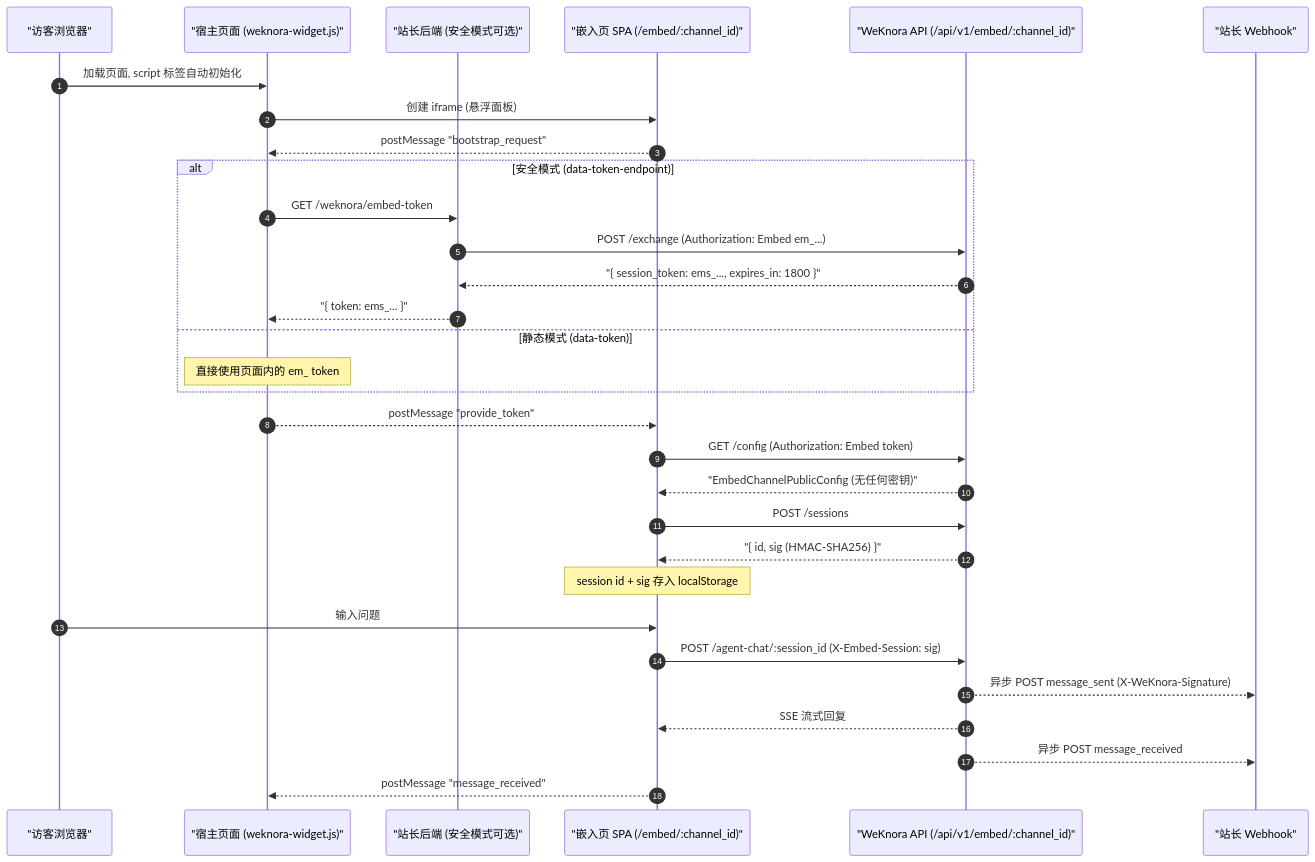
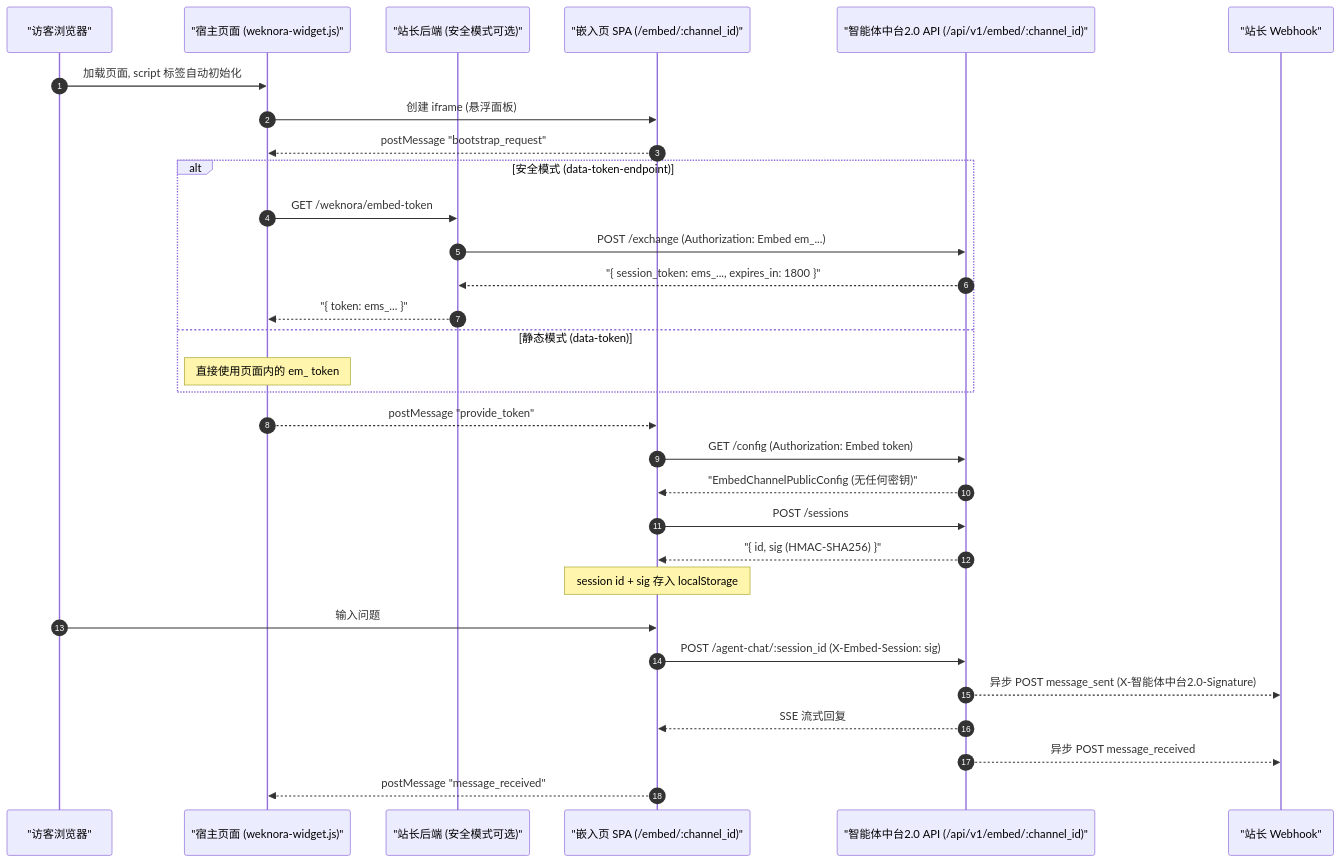
Before and after one commit to qinlei131479/WeKnora: the diagram in apps/docs/03-features/13-embed-channel.md, drawn with Mermaid. The commit also changed other lines of this file and 47 other files, not shown here.

````diff
--- a/apps/docs/03-features/13-embed-channel.md
+++ b/apps/docs/03-features/13-embed-channel.md
@@ -248,34 +248,34 @@
 ```mermaid
 sequenceDiagram
     autonumber
     participant Visitor as "访客浏览器"
     participant Host as "宿主页面 (weknora-widget.js)"
     participant Backend as "站长后端 (安全模式可选)"
     participant Iframe as "嵌入页 SPA (/embed/:channel_id)"
-    participant API as "WeKnora API (/api/v1/embed/:channel_id)"
+    participant API as "智能体中台2.0 API (/api/v1/embed/:channel_id)"
     participant Webhook as "站长 Webhook"
 
     Visitor->>Host: 加载页面, script 标签自动初始化
     Host->>Iframe: 创建 iframe (悬浮面板)
     Iframe-->>Host: postMessage "bootstrap_request"
     alt 安全模式 (data-token-endpoint)
         Host->>Backend: GET /weknora/embed-token
         Backend->>API: POST /exchange (Authorization: Embed em_...)
         API-->>Backend: "{ session_token: ems_..., expires_in: 1800 }"
         Backend-->>Host: "{ token: ems_... }"
     else 静态模式 (data-token)
         Note over Host: 直接使用页面内的 em_ token
     end
     Host-->>Iframe: postMessage "provide_token"
     Iframe->>API: GET /config (Authorization: Embed token)
     API-->>Iframe: "EmbedChannelPublicConfig (无任何密钥)"
     Iframe->>API: POST /sessions
     API-->>Iframe: "{ id, sig (HMAC-SHA256) }"
     Note over Iframe: session id + sig 存入 localStorage
     Visitor->>Iframe: 输入问题
     Iframe->>API: POST /agent-chat/:session_id (X-Embed-Session: sig)
-    API-->>Webhook: 异步 POST message_sent (X-WeKnora-Signature)
+    API-->>Webhook: 异步 POST message_sent (X-智能体中台2.0-Signature)
     API-->>Iframe: SSE 流式回复
     API-->>Webhook: 异步 POST message_received
     Iframe-->>Host: postMessage "message_received"
 ```
````
